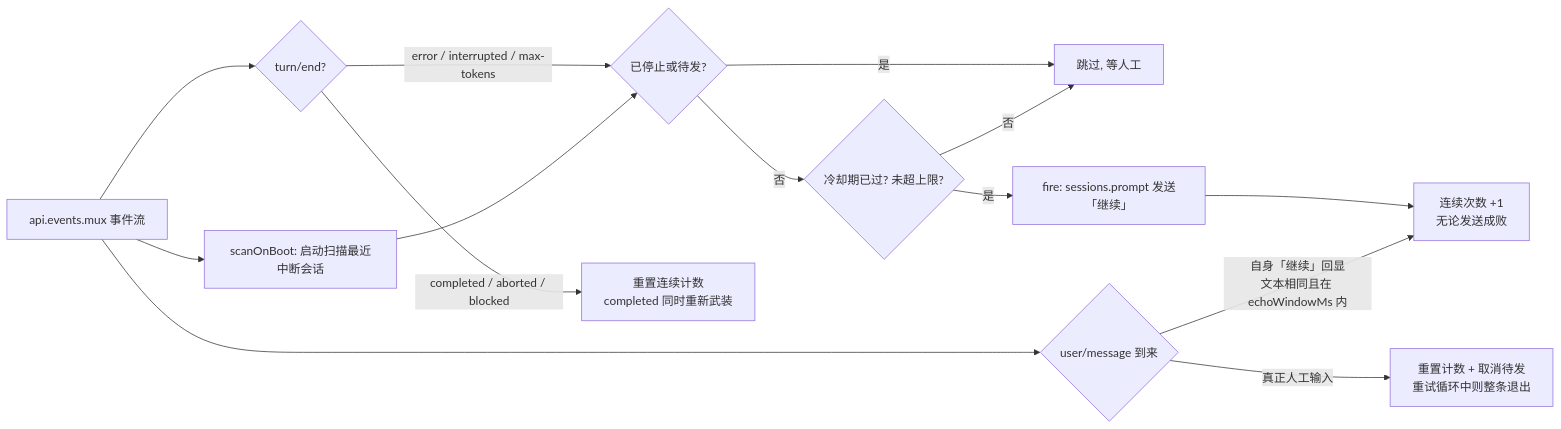
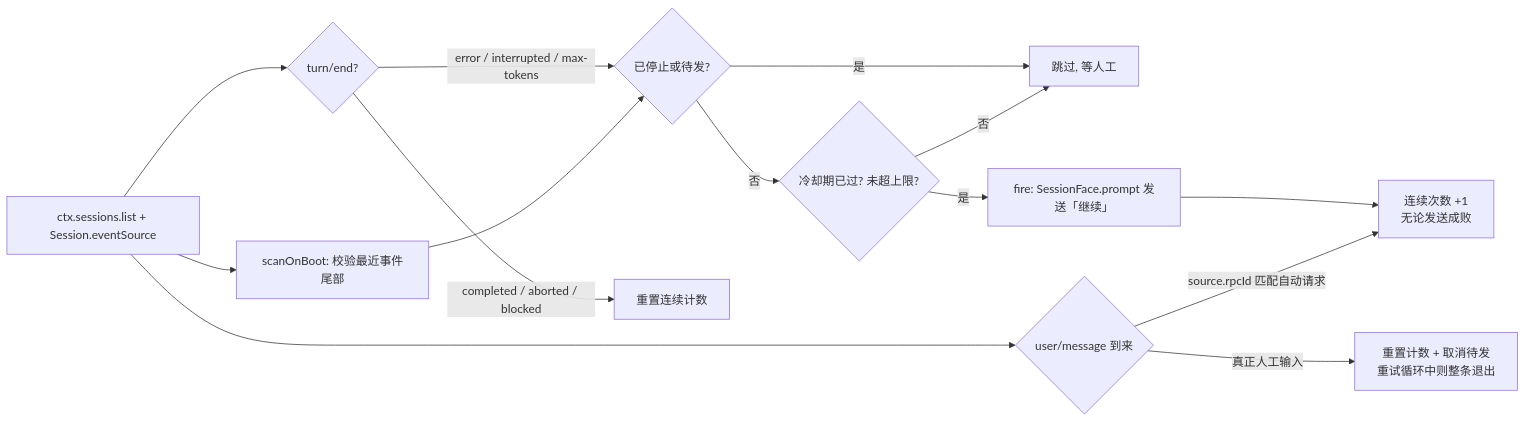
One commit to Frog755/dsh-client-auto-retry changed the diagram in README.md. Above: the diagram before and after it, drawn with Mermaid. The commit also changed other lines of this file and 9 other files, not shown here.

````diff
--- a/README.md
+++ b/README.md
@@ -108,15 +108,15 @@
 ```mermaid
 flowchart LR
-    A[api.events.mux 事件流] --> B{turn/end?}
+    A[ctx.sessions.list + Session.eventSource] --> B{turn/end?}
     B -- "error / interrupted / max-tokens" --> C{已停止或待发?}
     C -- 是 --> D[跳过, 等人工]
     C -- 否 --> E{冷却期已过? 未超上限?}
     E -- 否 --> D
-    E -- 是 --> F[fire: sessions.prompt 发送「继续」]
+    E -- 是 --> F[fire: SessionFace.prompt 发送「继续」]
     F --> G[连续次数 +1<br/>无论发送成败]
     A --> H{user/message 到来}
-    H -- 自身「继续」回显<br/>文本相同且在 echoWindowMs 内 --> G
+    H -- source.rpcId 匹配自动请求 --> G
     H -- 真正人工输入 --> I[重置计数 + 取消待发<br/>重试循环中则整条退出]
-    A --> J[scanOnBoot: 启动扫描最近中断会话] --> C
-    B -- "completed / aborted / blocked" --> K[重置连续计数<br/>completed 同时重新武装]
+    A --> J[scanOnBoot: 校验最近事件尾部] --> C
+    B -- "completed / aborted / blocked" --> K[重置连续计数]
 ```
````
